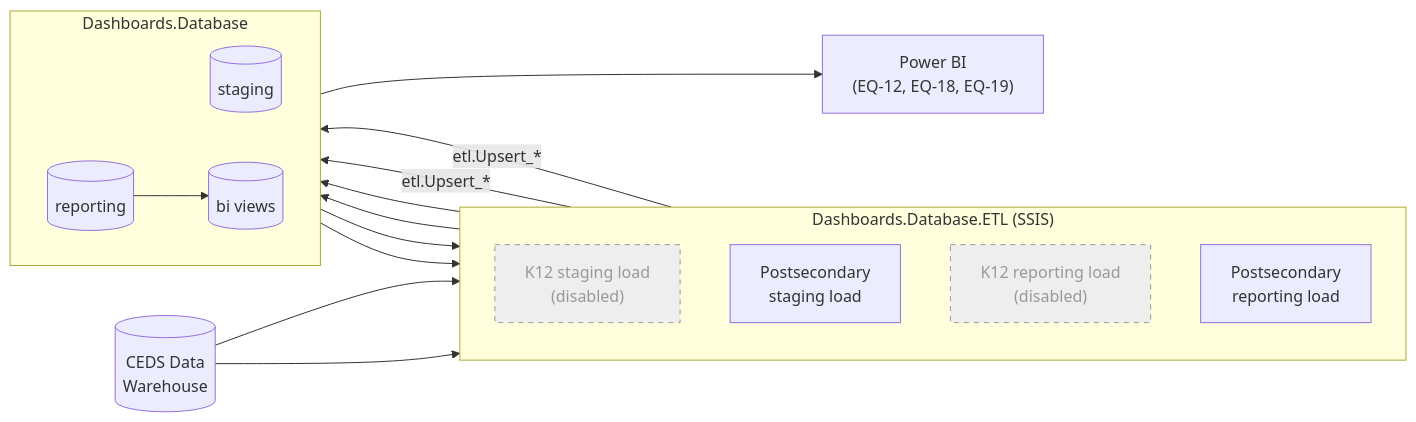
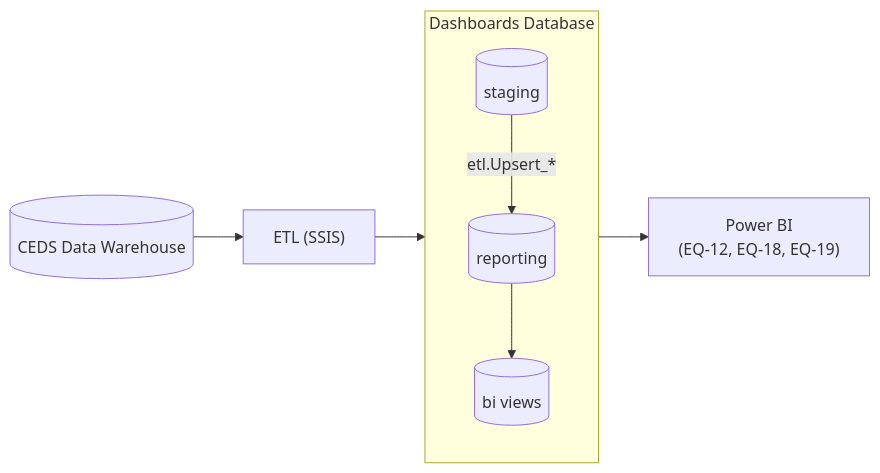
One commit to E-W-Framework-Analysis-Tool/E-W-Indicator-Analytics changed the diagram in docs/technical-overview.md. Above: the diagram before and after it, drawn with Mermaid. The commit also changed other lines of this file, not shown here.

Commit message:
Simplify diagram

````diff
--- a/docs/technical-overview.md
+++ b/docs/technical-overview.md
@@ -12,30 +12,18 @@
 ```mermaid
 flowchart LR
-    CEDS[("CEDS Data<br/>Warehouse")]
+    CEDS[("CEDS Data Warehouse")]
+    ETL["ETL (SSIS)"]
 
-    subgraph SSIS["Dashboards.Database.ETL (SSIS)"]
+    subgraph DB["Dashboards Database"]
         direction TB
-        K12Stg["K12 staging load<br/>(disabled)"]
-        PSStg["Postsecondary<br/>staging load"]
-        K12Rep["K12 reporting load<br/>(disabled)"]
-        PSRep["Postsecondary<br/>reporting load"]
-    end
-
-    subgraph SQL["Dashboards.Database"]
-        direction LR
         STG[("staging")]
         REP[("reporting")]
         BI[("bi views")]
+        STG -->|"etl.Upsert_*"| REP --> BI
     end
 
     PBI["Power BI<br/>(EQ-12, EQ-18, EQ-19)"]
 
-    CEDS --> K12Stg --> STG
-    CEDS --> PSStg --> STG
-    STG --> K12Rep -->|"etl.Upsert_*"| REP
-    STG --> PSRep -->|"etl.Upsert_*"| REP
-    REP --> BI --> PBI
-
-    classDef disabled fill:#eee,stroke:#999,stroke-dasharray: 5 5,color:#999;
-    class K12Stg,K12Rep disabled;
+    CEDS --> ETL --> STG
+    BI --> PBI
 ```
````
